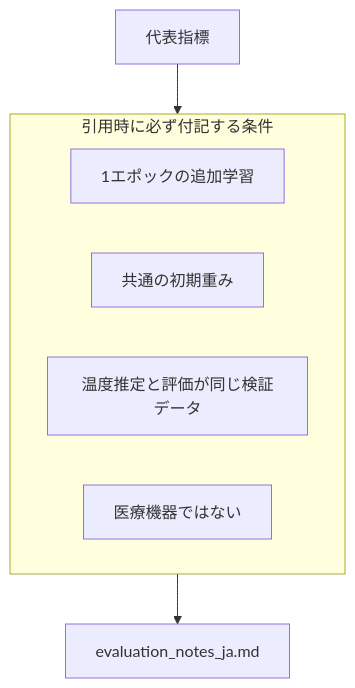
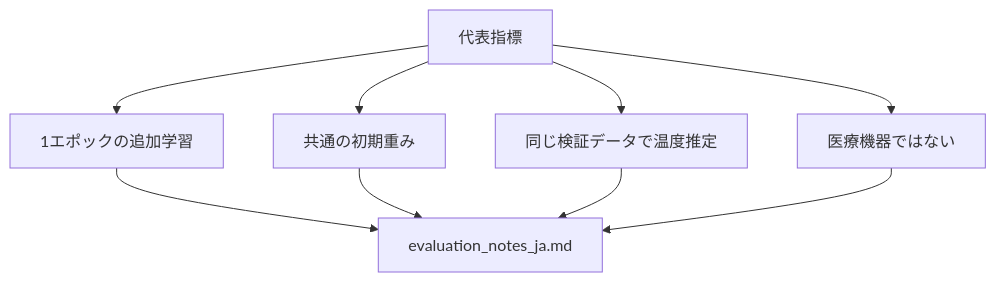
Before and after one commit to yskfuji/rsna-ich-reproducible-pipeline: the first of 2 diagrams in docs/evaluation_notes_ja.md, drawn with Mermaid. The commit also changed other lines of this file and 34 other files, not shown here.

First line of the commit message:
docs: fix figure overflow with responsive PNG assets for GitHub

````diff
--- a/docs/evaluation_notes_ja.md
+++ b/docs/evaluation_notes_ja.md
@@ -25,11 +25,11 @@
 ```mermaid
 flowchart TB
-  subgraph cite [引用時に必ず付記する条件]
-    C1[1エポックの追加学習]
-    C2[共通の初期重み]
-    C3[温度推定と評価が同じ検証データ]
-    C4[医療機器ではない]
-  end
-  H[代表指標] --> cite
-  cite --> N[evaluation_notes_ja.md]
+  H[代表指標] --> C1[1エポックの追加学習]
+  H --> C2[共通の初期重み]
+  H --> C3[同じ検証データで温度推定]
+  H --> C4[医療機器ではない]
+  C1 --> N[evaluation_notes_ja.md]
+  C2 --> N
+  C3 --> N
+  C4 --> N
 ```
````
